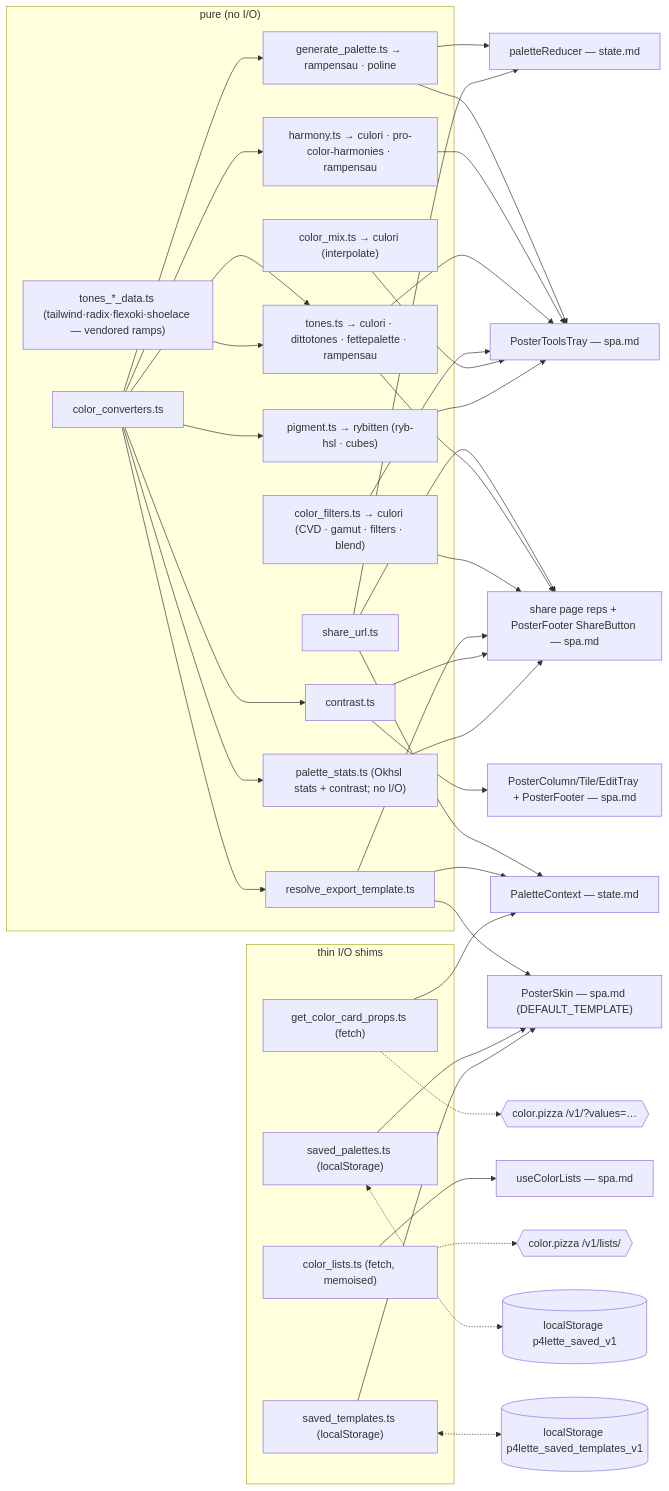
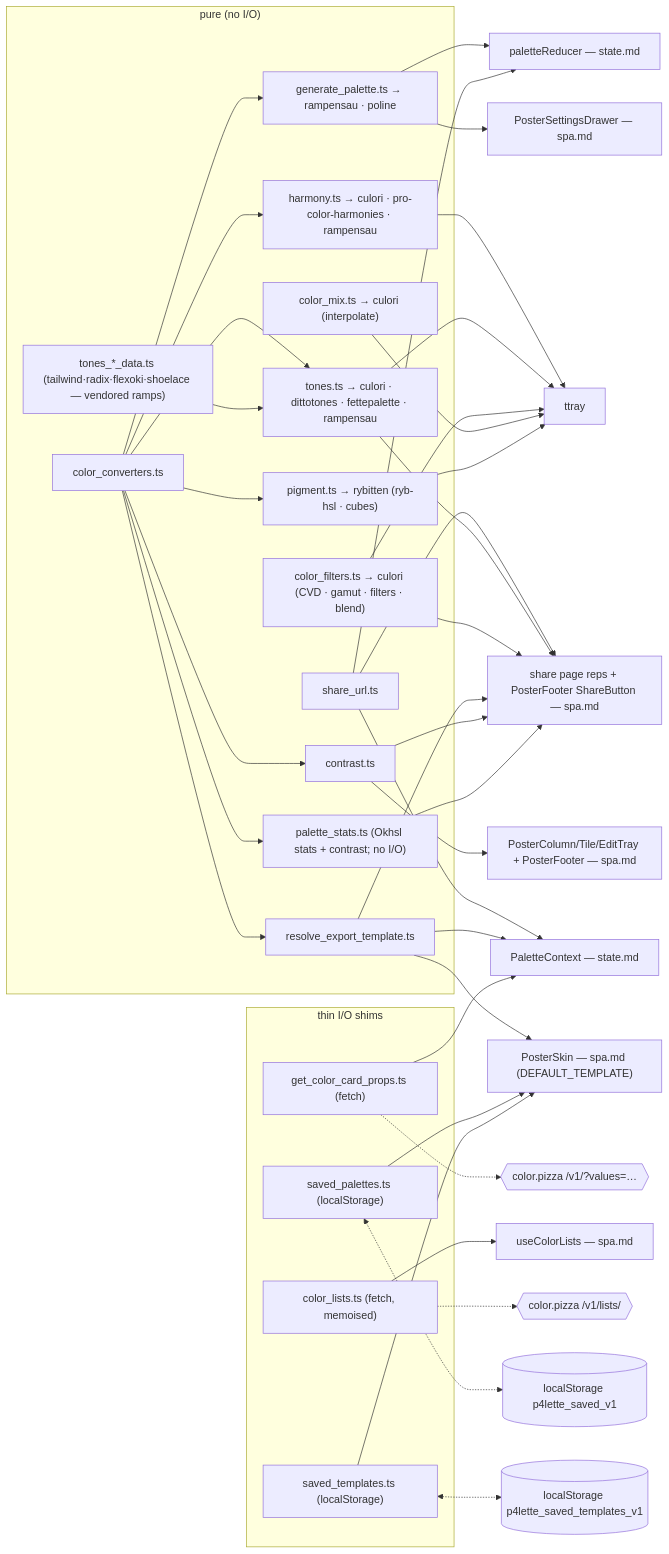
Before and after one commit to p4stoboy/p4lette: the diagram in SPEC/TARGET/color.md, drawn with Mermaid. The commit also changed other lines of this file and 15 other files, not shown here.

First line of the commit message:
feat(poster): settings drawer — name/save · saved · appearance(SYSTEM) · format · randomise · naming · ticker

````diff
--- a/SPEC/TARGET/color.md
+++ b/SPEC/TARGET/color.md
@@ -473,47 +473,47 @@
 ```mermaid
 flowchart LR
   subgraph pure["pure (no I/O)"]
     cc["color_converters.ts"]
     gp["generate_palette.ts → rampensau · poline"]
     hm["harmony.ts → culori · pro-color-harmonies · rampensau"]
     tn["tones.ts → culori · dittotones · fettepalette · rampensau"]
     cf["color_filters.ts → culori (CVD · gamut · filters · blend)"]
     mx["color_mix.ts → culori (interpolate)"]
     pg["pigment.ts → rybitten (ryb-hsl · cubes)"]
     td["tones_*_data.ts (tailwind·radix·flexoki·shoelace — vendored ramps)"]
     ct["contrast.ts"]
     rt["resolve_export_template.ts"]
     su["share_url.ts"]
     ps["palette_stats.ts (Okhsl stats + contrast; no I/O)"]
   end
   subgraph io["thin I/O shims"]
     gcn["get_color_card_props.ts (fetch)"]
     cl["color_lists.ts (fetch, memoised)"]
     sp["saved_palettes.ts (localStorage)"]
     st["saved_templates.ts (localStorage)"]
   end
   cc --> gp & hm & tn & ct & rt & pg & ps
   td --> tn
   gp --> red["paletteReducer — state.md"]
-  gp --> ttray["PosterToolsTray — spa.md"]
+  gp --> drawer["PosterSettingsDrawer — spa.md"]
   su --> red
   su --> pctx["PaletteContext — state.md"]
   su --> sharepg["share page reps + PosterFooter ShareButton — spa.md"]
   tn & cf & rt & ct & ps --> sharepg
   rt --> pctx
   gcn --> pctx
   rt --> skin["PosterSkin — spa.md (DEFAULT_TEMPLATE)"]
   hm --> ttray
   tn --> ttray
   cf --> ttray
   mx --> ttray
   pg --> ttray
   ct --> swatch["PosterColumn/Tile/EditTray + PosterFooter — spa.md"]
   cl --> ucl["useColorLists — spa.md"]
   sp --> skin
   st --> skin
   gcn -.-> pizza1{{"color.pizza /v1/?values=…"}}
   cl -.-> pizza2{{"color.pizza /v1/lists/"}}
   sp <-.-> ls1[("localStorage p4lette_saved_v1")]
   st <-.-> ls2[("localStorage p4lette_saved_templates_v1")]
 ```
````
